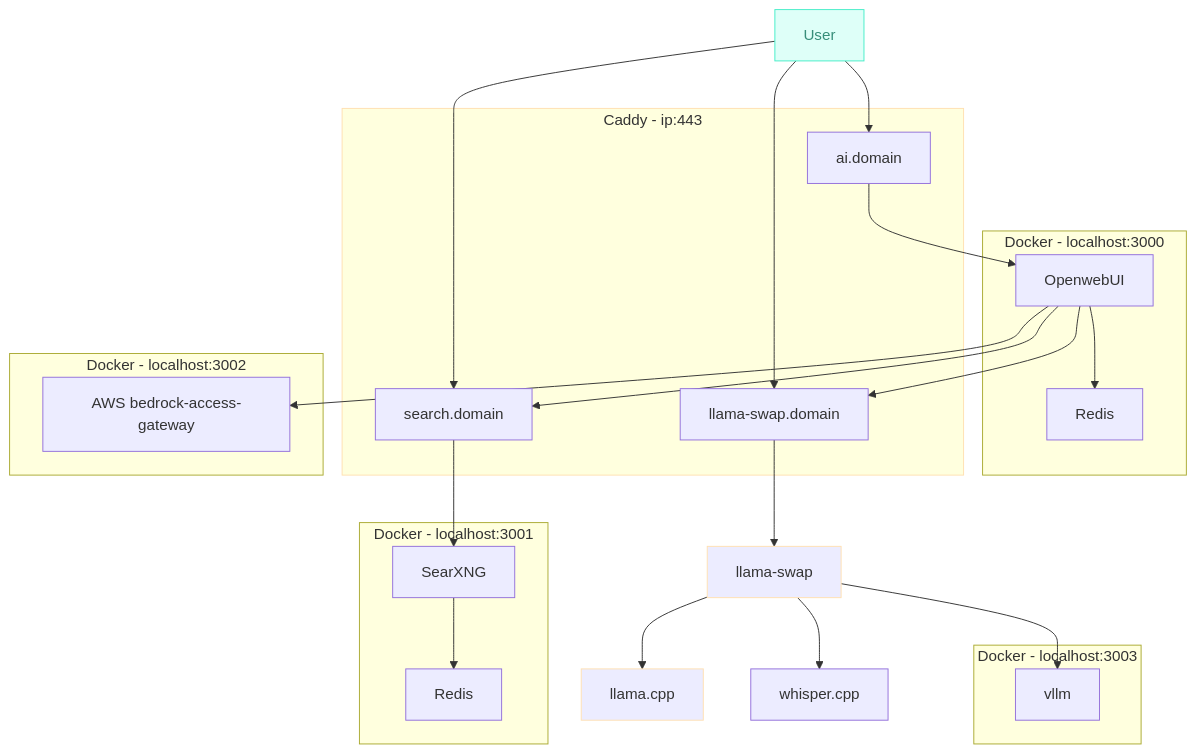
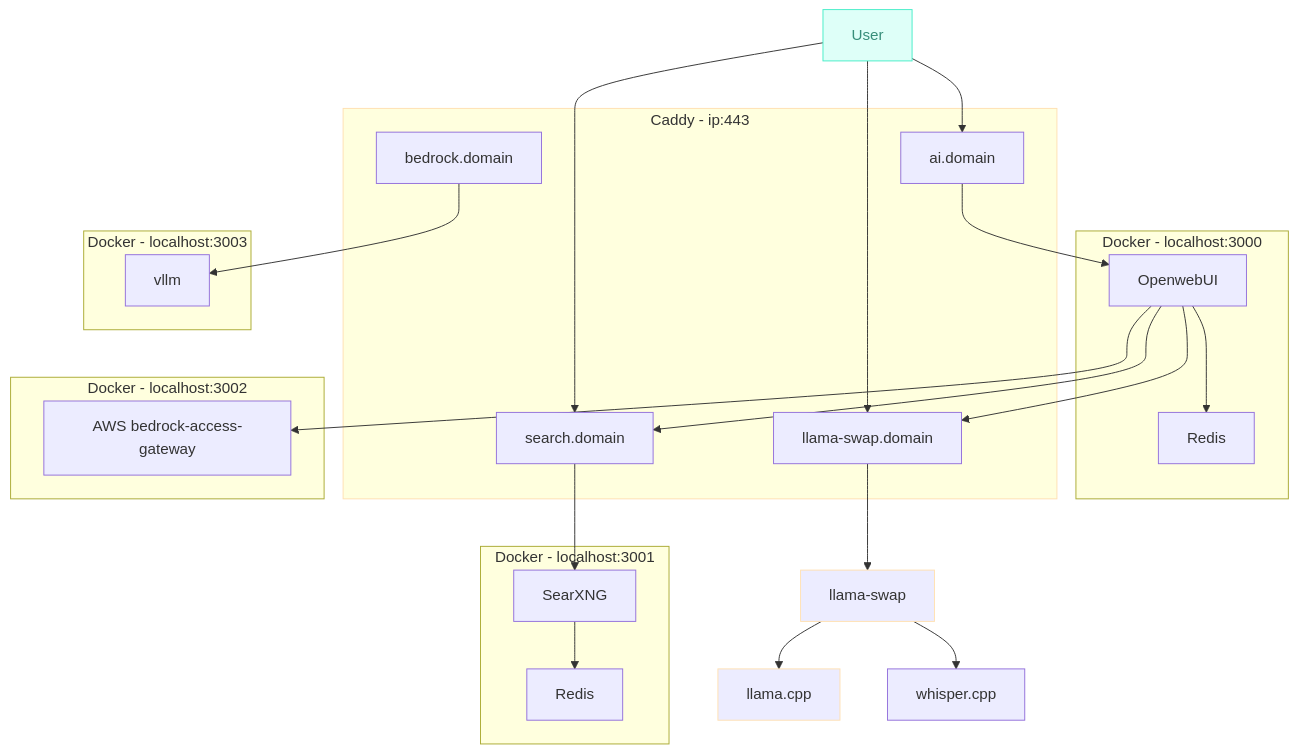
The diagram in README.md (cycl00ps/ai-lab), drawn with Mermaid before and after one commit.

````diff
--- a/README.md
+++ b/README.md
@@ -13,40 +13,41 @@
 ```mermaid
 flowchart TD
  subgraph subGraph0["Docker - localhost:3000"]
         B["Redis"]
         A["OpenwebUI"]
   end
  subgraph subGraph1["Docker - localhost:3001"]
         D["Redis"]
         C["SearXNG"]
   end
  subgraph subGraph2["Caddy - ip:443"]
         E["ai.domain"]
         H["search.domain"]
         J["llama-swap.domain"]
+        Y["bedrock.domain"]
   end
  subgraph subGraph3["Docker - localhost:3003"]
         K["vllm"]
   end
  subgraph subGraph4["Docker - localhost:3002"]
         L["AWS bedrock-access-gateway"]
   end
 
     A --> B & H & J & L
     C --> D
     E --> A
     H --> C
     F["llama-swap"] --> G["llama.cpp"]
     F["llama-swap"] --> Z["whisper.cpp"]
-    F --> K
+    Y --> K
     I["User"] --> E
     I["User"] --> H
     I --> J
     J --> F
 
 I:::Aqua
     classDef Aqua stroke-width:1px, stroke-dasharray:none, stroke:#46EDC8, fill:#DEFFF8, color:#378E7A
     style F stroke:#FFE0B2
     style G stroke:#FFE0B2
     style subGraph2 stroke:#FFE0B2
 ```
````
